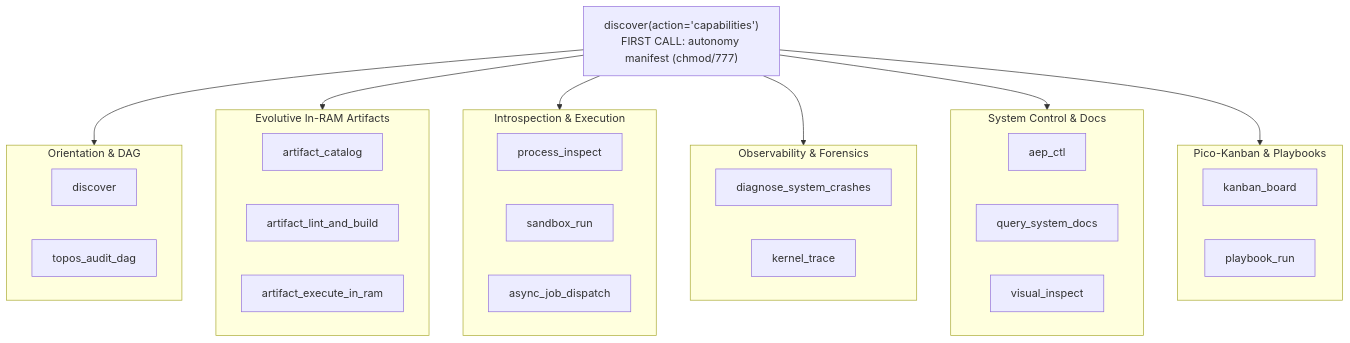
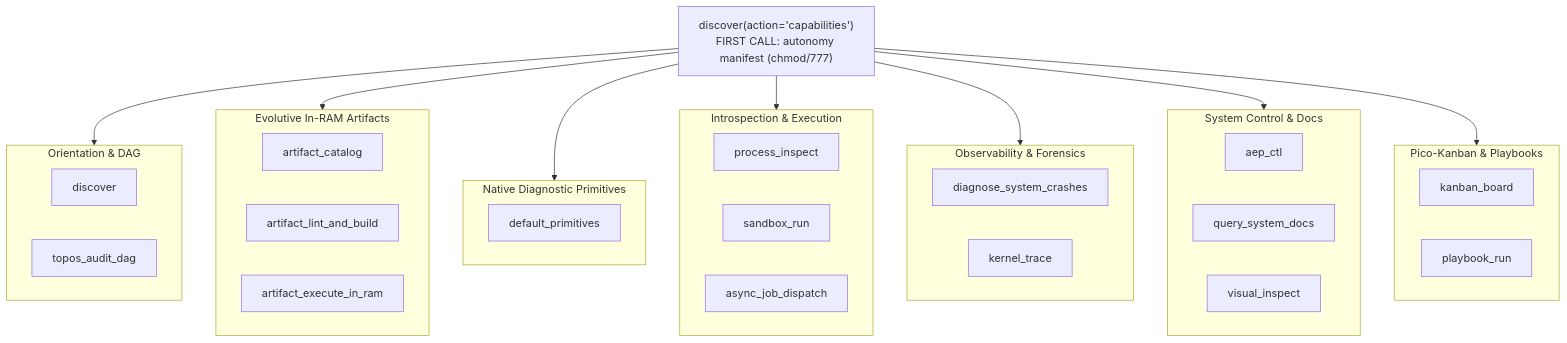
The fourth of 16 diagrams in README.md (ancrz/agent-execution-plane), drawn with Mermaid before and after one commit. The commit also changed other lines of this file and 6 other files, not shown here.

````diff
--- a/README.md
+++ b/README.md
@@ -260,32 +261,35 @@
 ```mermaid
 flowchart TD
     Root["discover(action='capabilities')<br/>FIRST CALL: autonomy manifest (chmod/777)"]
-    Root --> G0 & G1 & G2 & G3 & G4 & G5
+    Root --> G0 & G1 & G1b & G2 & G3 & G4 & G5
     subgraph G0["Orientation & DAG"]
         T1["discover"]
         T2["topos_audit_dag"]
     end
     subgraph G1["Evolutive In-RAM Artifacts"]
         T3["artifact_catalog"]
         T4["artifact_lint_and_build"]
         T5["artifact_execute_in_ram"]
+    end
+    subgraph G1b["Native Diagnostic Primitives"]
+        T16["default_primitives"]
     end
     subgraph G2["Introspection & Execution"]
         T6["process_inspect"]
         T7["sandbox_run"]
         T8["async_job_dispatch"]
     end
     subgraph G3["Observability & Forensics"]
         T9["diagnose_system_crashes"]
         T10["kernel_trace"]
     end
     subgraph G4["System Control & Docs"]
         T11["aep_ctl"]
         T12["query_system_docs"]
         T13["visual_inspect"]
     end
     subgraph G5["Pico-Kanban & Playbooks"]
         T14["kanban_board"]
         T15["playbook_run"]
     end
 ```
````
